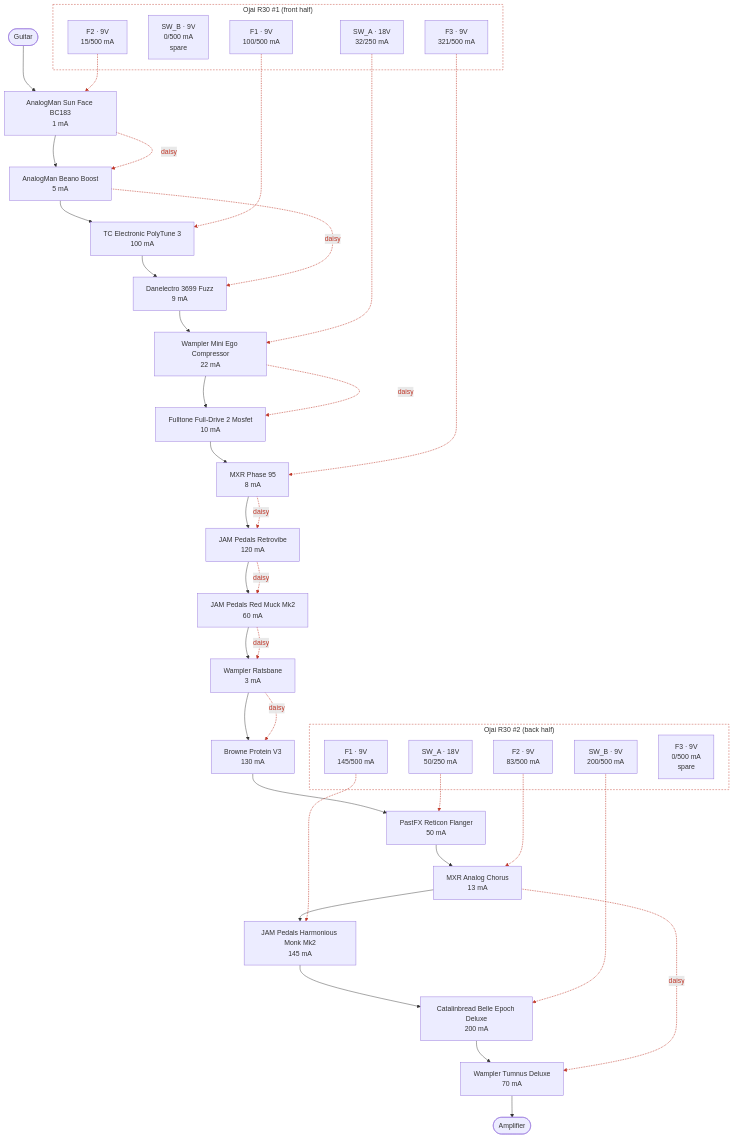
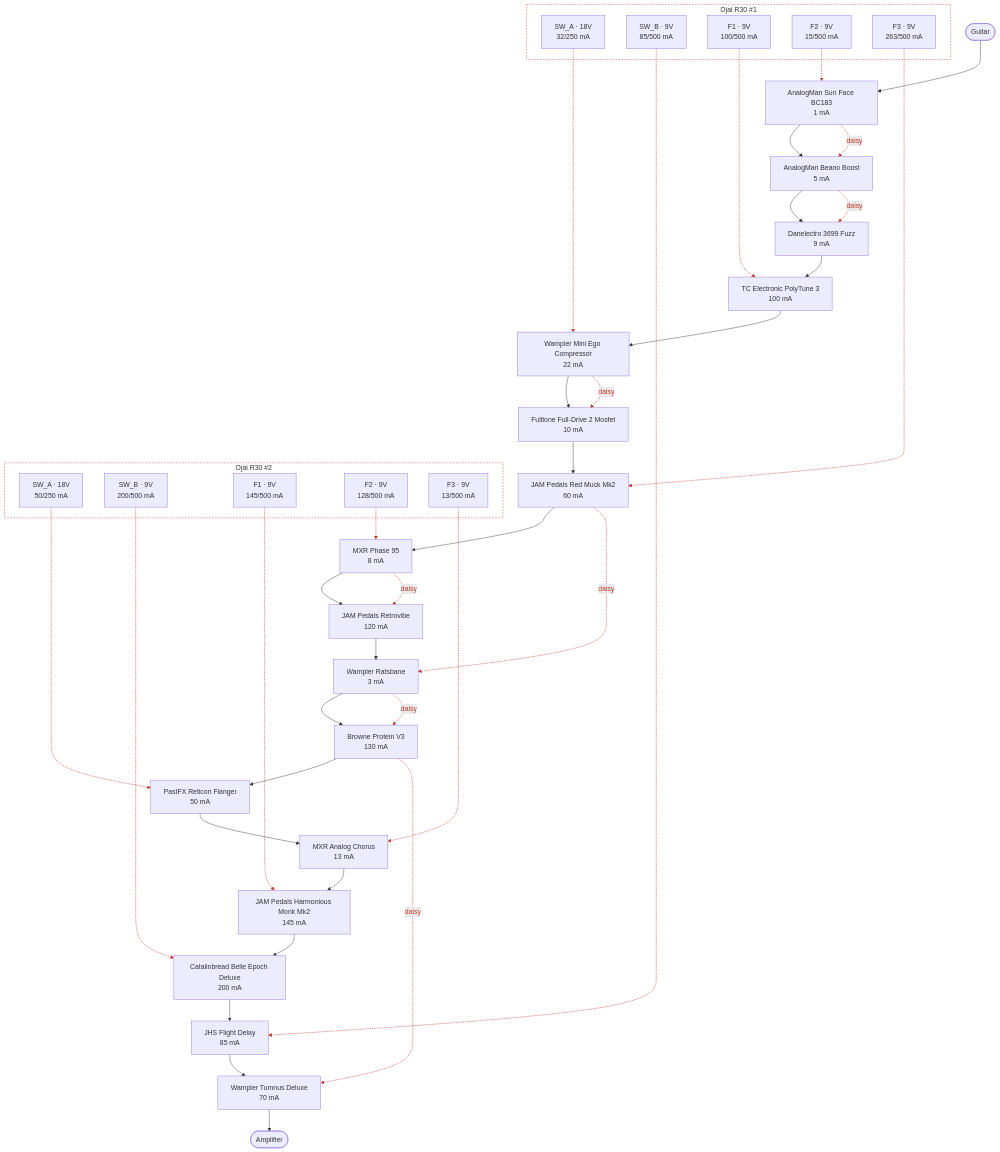
The diagram in projects/guitar-gig/diagram.mmd (pedroacvieira/pedalboard), drawn with Mermaid before and after one commit. The commit also changed 11 other files, not shown here.

```diff
--- a/projects/guitar-gig/diagram.mmd
+++ b/projects/guitar-gig/diagram.mmd
@@ -1,69 +1,72 @@
 flowchart TB
     guitar(["Guitar"])
     amp(["Amplifier"])
     sun_face["AnalogMan Sun Face BC183<br/>1 mA"]
     beano["AnalogMan Beano Boost<br/>5 mA"]
+    danelectro_3699["Danelectro 3699 Fuzz<br/>9 mA"]
     polytune_3["TC Electronic PolyTune 3<br/>100 mA"]
-    danelectro_3699["Danelectro 3699 Fuzz<br/>9 mA"]
     mini_ego["Wampler Mini Ego Compressor<br/>22 mA"]
     fulldrive_2["Fulltone Full-Drive 2 Mosfet<br/>10 mA"]
+    red_muck["JAM Pedals Red Muck Mk2<br/>60 mA"]
     phase_95["MXR Phase 95<br/>8 mA"]
     retrovibe["JAM Pedals Retrovibe<br/>120 mA"]
-    red_muck["JAM Pedals Red Muck Mk2<br/>60 mA"]
     ratsbane["Wampler Ratsbane<br/>3 mA"]
     protein["Browne Protein V3<br/>130 mA"]
     reticon["PastFX Reticon Flanger<br/>50 mA"]
     analog_chorus["MXR Analog Chorus<br/>13 mA"]
     monk["JAM Pedals Harmonious Monk Mk2<br/>145 mA"]
     belle_epoch["Catalinbread Belle Epoch Deluxe<br/>200 mA"]
+    flight_delay["JHS Flight Delay<br/>85 mA"]
     tumnus_deluxe["Wampler Tumnus Deluxe<br/>70 mA"]
     guitar --> sun_face
     sun_face --> beano
-    beano --> polytune_3
-    polytune_3 --> danelectro_3699
-    danelectro_3699 --> mini_ego
+    beano --> danelectro_3699
+    danelectro_3699 --> polytune_3
+    polytune_3 --> mini_ego
     mini_ego --> fulldrive_2
-    fulldrive_2 --> phase_95
+    fulldrive_2 --> red_muck
+    red_muck --> phase_95
     phase_95 --> retrovibe
-    retrovibe --> red_muck
-    red_muck --> ratsbane
+    retrovibe --> ratsbane
     ratsbane --> protein
     protein --> reticon
     reticon --> analog_chorus
     analog_chorus --> monk
     monk --> belle_epoch
-    belle_epoch --> tumnus_deluxe
+    belle_epoch --> flight_delay
+    flight_delay --> tumnus_deluxe
     tumnus_deluxe --> amp
-    subgraph psu1["Ojai R30 #1 (front half)"]
+    subgraph psu1["Ojai R30 #1"]
         psu1_SW_A["SW_A · 18V<br/>32/250 mA"]
-        psu1_SW_B["SW_B · 9V<br/>0/500 mA<br/>spare"]
+        psu1_SW_B["SW_B · 9V<br/>85/500 mA"]
         psu1_F1["F1 · 9V<br/>100/500 mA"]
         psu1_F2["F2 · 9V<br/>15/500 mA"]
-        psu1_F3["F3 · 9V<br/>321/500 mA"]
+        psu1_F3["F3 · 9V<br/>263/500 mA"]
     end
     psu1_SW_A -.-> mini_ego
     mini_ego -.->|daisy| fulldrive_2
+    psu1_SW_B -.-> flight_delay
     psu1_F1 -.-> polytune_3
     psu1_F2 -.-> sun_face
     sun_face -.->|daisy| beano
     beano -.->|daisy| danelectro_3699
-    psu1_F3 -.-> phase_95
-    phase_95 -.->|daisy| retrovibe
-    retrovibe -.->|daisy| red_muck
+    psu1_F3 -.-> red_muck
     red_muck -.->|daisy| ratsbane
     ratsbane -.->|daisy| protein
-    subgraph psu2["Ojai R30 #2 (back half)"]
+    protein -.->|daisy| tumnus_deluxe
+    subgraph psu2["Ojai R30 #2"]
         psu2_SW_A["SW_A · 18V<br/>50/250 mA"]
         psu2_SW_B["SW_B · 9V<br/>200/500 mA"]
         psu2_F1["F1 · 9V<br/>145/500 mA"]
-        psu2_F2["F2 · 9V<br/>83/500 mA"]
-        psu2_F3["F3 · 9V<br/>0/500 mA<br/>spare"]
+        psu2_F2["F2 · 9V<br/>128/500 mA"]
+        psu2_F3["F3 · 9V<br/>13/500 mA"]
     end
     psu2_SW_A -.-> reticon
     psu2_SW_B -.-> belle_epoch
     psu2_F1 -.-> monk
-    psu2_F2 -.-> analog_chorus
-    analog_chorus -.->|daisy| tumnus_deluxe
-    linkStyle 17,18,19,20,21,22,23,24,25,26,27,28,29,30,31,32 stroke:#c0392b,stroke-width:1.5px,color:#c0392b
+    psu2_F2 -.-> phase_95
+    phase_95 -.->|daisy| retrovibe
+    psu2_F3 -.-> analog_chorus
+    linkStyle 18,19,20,21,22,23,24,25,26,27,28,29,30,31,32,33,34 stroke:#c0392b,stroke-width:1.5px,color:#c0392b
     style psu1 fill:none,stroke:#c0392b,stroke-dasharray:4 3
     style psu2 fill:none,stroke:#c0392b,stroke-dasharray:4 3
```
